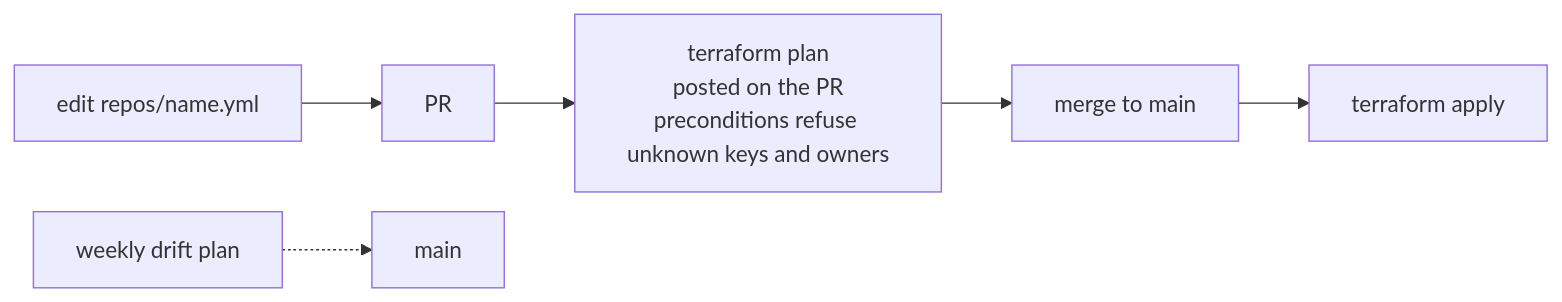
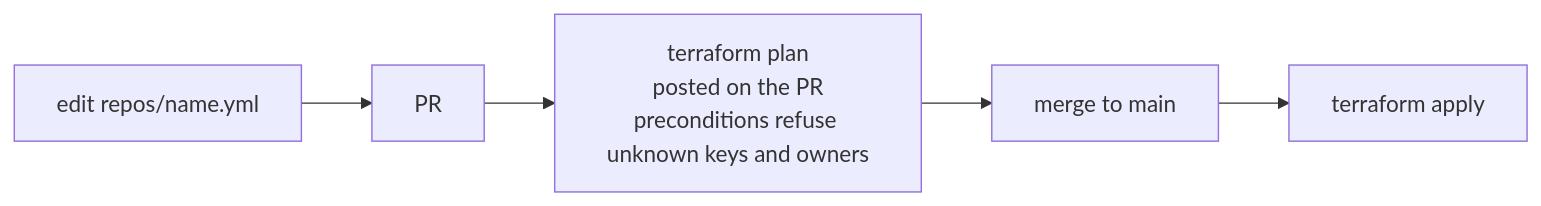
Before and after one commit to zimmertr/yggdrasil: the second of 2 diagrams in docs/ARCHITECTURE.md, drawn with Mermaid. The commit also changed other lines of this file and 24 other files, not shown here.

````diff
--- a/docs/ARCHITECTURE.md
+++ b/docs/ARCHITECTURE.md
@@ -54,8 +55,7 @@
 ```mermaid
 flowchart LR
   edit["edit repos/name.yml"] --> pr["PR"]
   pr --> plan["terraform plan<br/>posted on the PR<br/>preconditions refuse unknown keys and owners"]
   plan --> merge["merge to main"]
   merge --> apply["terraform apply"]
-  weekly["weekly drift plan"] -.-> main["main"]
 ```
````
